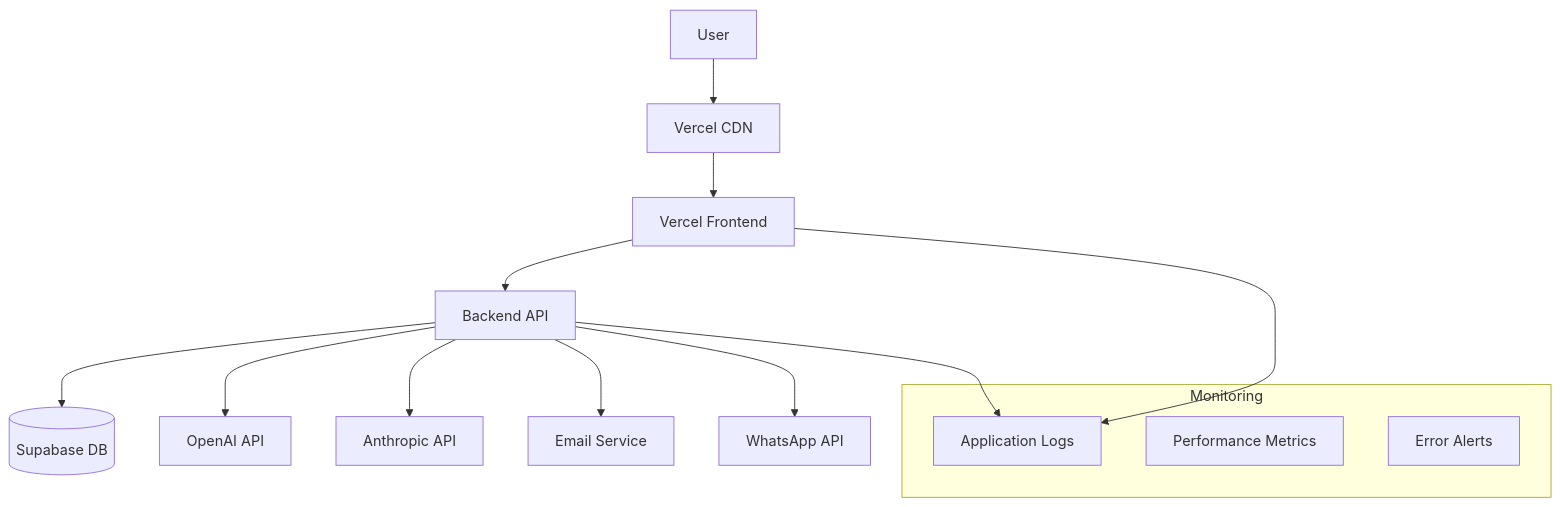
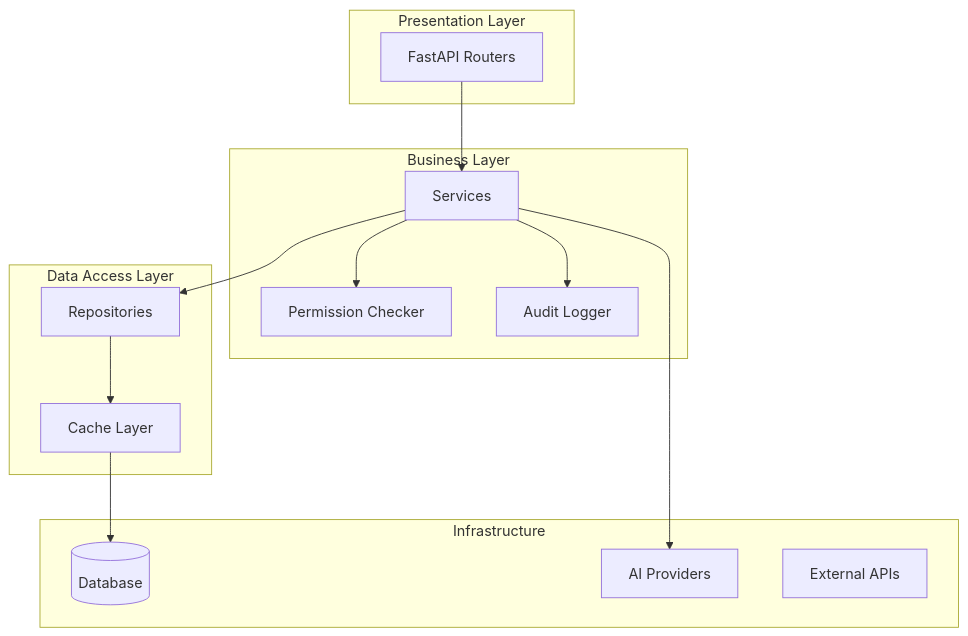
The third of 3 diagrams in salesflow-ai/docs/developer/architecture.md (alexanderlipovics-cell/salesflow-ai), drawn with Mermaid before and after one commit. The commit also changed other lines of this file and 92 other files, not shown here.

````diff
--- a/salesflow-ai/docs/developer/architecture.md
+++ b/salesflow-ai/docs/developer/architecture.md
@@ -332,23 +94,31 @@
 ```mermaid
-graph TD
-    User[User] --> CDN[Vercel CDN]
-    CDN --> Frontend[Vercel Frontend]
-    
-    Frontend --> API[Backend API]
-    API --> Supabase[(Supabase DB)]
-    
-    API --> OpenAI[OpenAI API]
-    API --> Anthropic[Anthropic API]
-    
-    API --> Email[Email Service]
-    API --> WhatsApp[WhatsApp API]
-    
-    subgraph Monitoring
-        Logs[Application Logs]
-        Metrics[Performance Metrics]
-        Alerts[Error Alerts]
+graph TB
+    subgraph Presentation ["Presentation Layer"]
+        Router[FastAPI Routers]
     end
-    
-    API --> Logs
-    Frontend --> Logs
+
+    subgraph Business ["Business Layer"]
+        Service[Services]
+        Permissions[Permission Checker]
+        AuditLog[Audit Logger]
+    end
+
+    subgraph Data ["Data Access Layer"]
+        Repo[Repositories]
+        Cache[Cache Layer]
+    end
+
+    subgraph Infrastructure ["Infrastructure"]
+        DB[(Database)]
+        AI[AI Providers]
+        External[External APIs]
+    end
+
+    Router --> Service
+    Service --> Permissions
+    Service --> AuditLog
+    Service --> Repo
+    Repo --> Cache
+    Cache --> DB
+    Service --> AI
 ```
````
